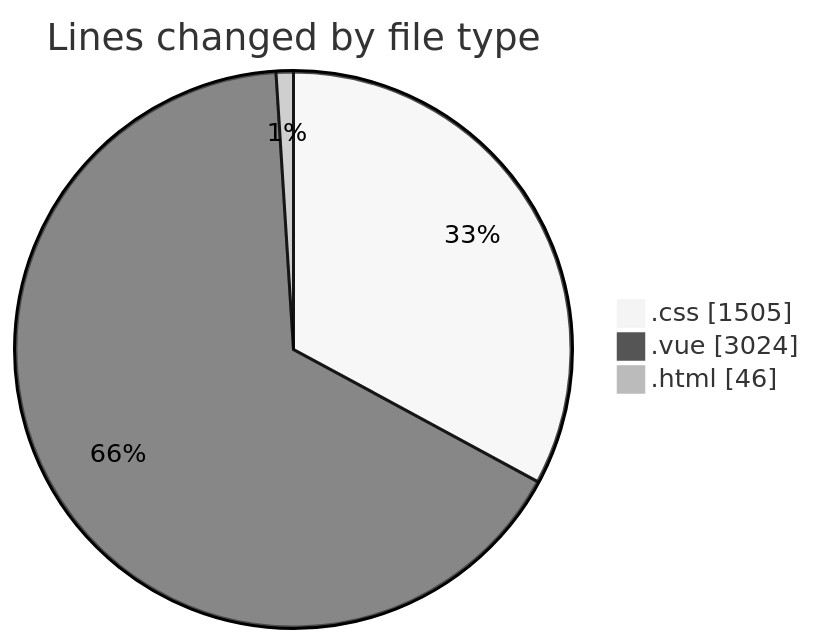
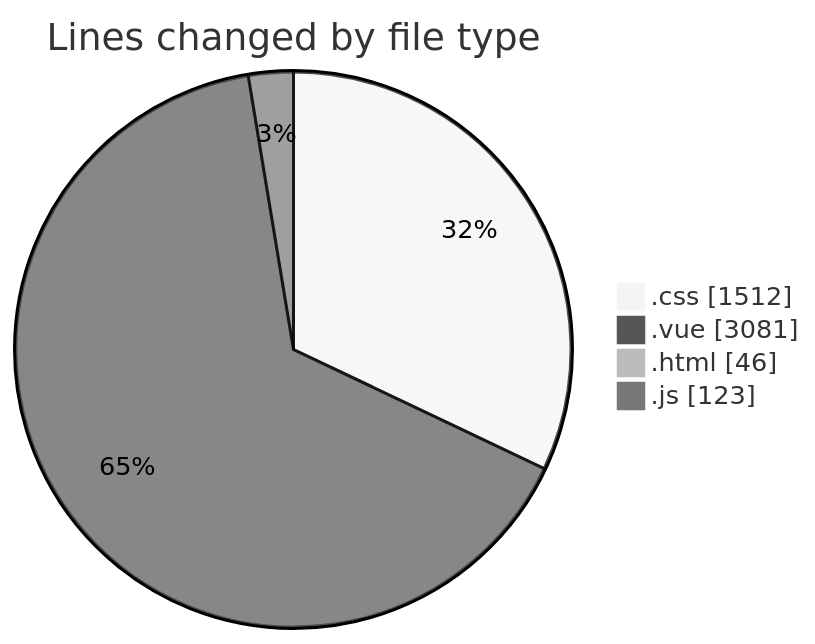
One commit to lephambinh05/code-tracking changed the first of 2 diagrams in 2025-08-18/rentotp/README.md. Above: the diagram before and after it, drawn with Mermaid (neutral theme). The commit also changed other lines of this file and 1 other file, not shown here.

````diff
--- a/2025-08-18/rentotp/README.md
+++ b/2025-08-18/rentotp/README.md
@@ -32,7 +33,8 @@
 ```mermaid
 pie showData
 title Lines changed by file type
-".css" : 1505
-".vue" : 3024
+".css" : 1512
+".vue" : 3081
 ".html" : 46
+".js" : 123
 ```
````
